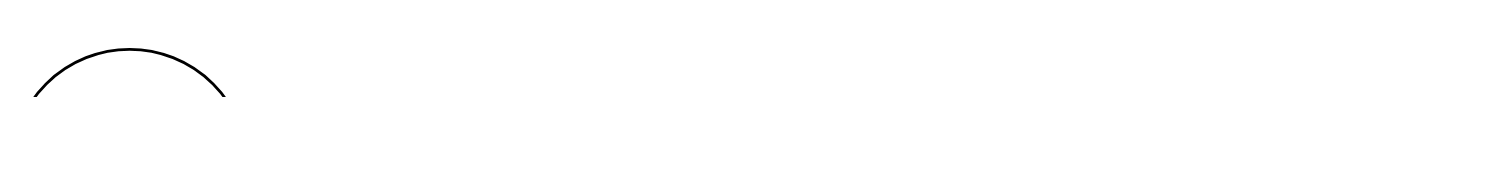
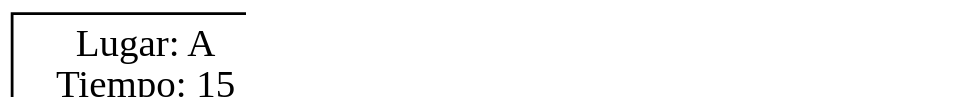
One commit to SevenPok/Proyecto_2_EDD changed the diagram in [EDD]Proyecto_2/RutaCorta.dot. Above: the diagram before and after it, drawn with Graphviz. The commit also changed 12 other files, not shown here.

```diff
--- a/[EDD]Proyecto_2/RutaCorta.dot
+++ b/[EDD]Proyecto_2/RutaCorta.dot
@@ -1,8 +1,11 @@
 digraph G {
 
 graph [ dpi = 300 ];
 rankdir=LR size="8,5"
-	node [shape=circle]
-Sevilla->Jaen->Madrid->Valladolid->Vigo
+	node [shape=record]
+A[label="Lugar: A\nTiempo: 15"]
+C[label="Lugar: C\nTiempo: 15"]
+D[label="Lugar: D\nTiempo: 15"]
+A->C->D
 
 }
```
